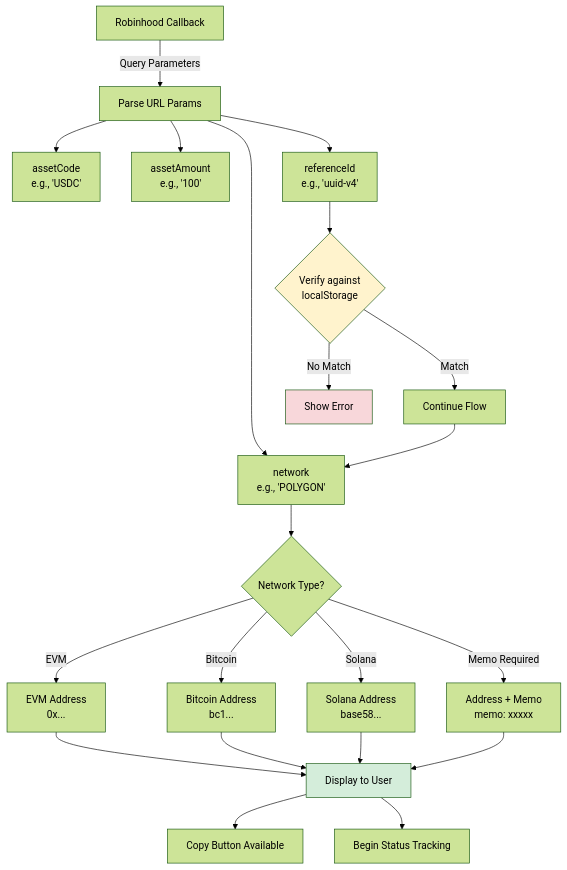
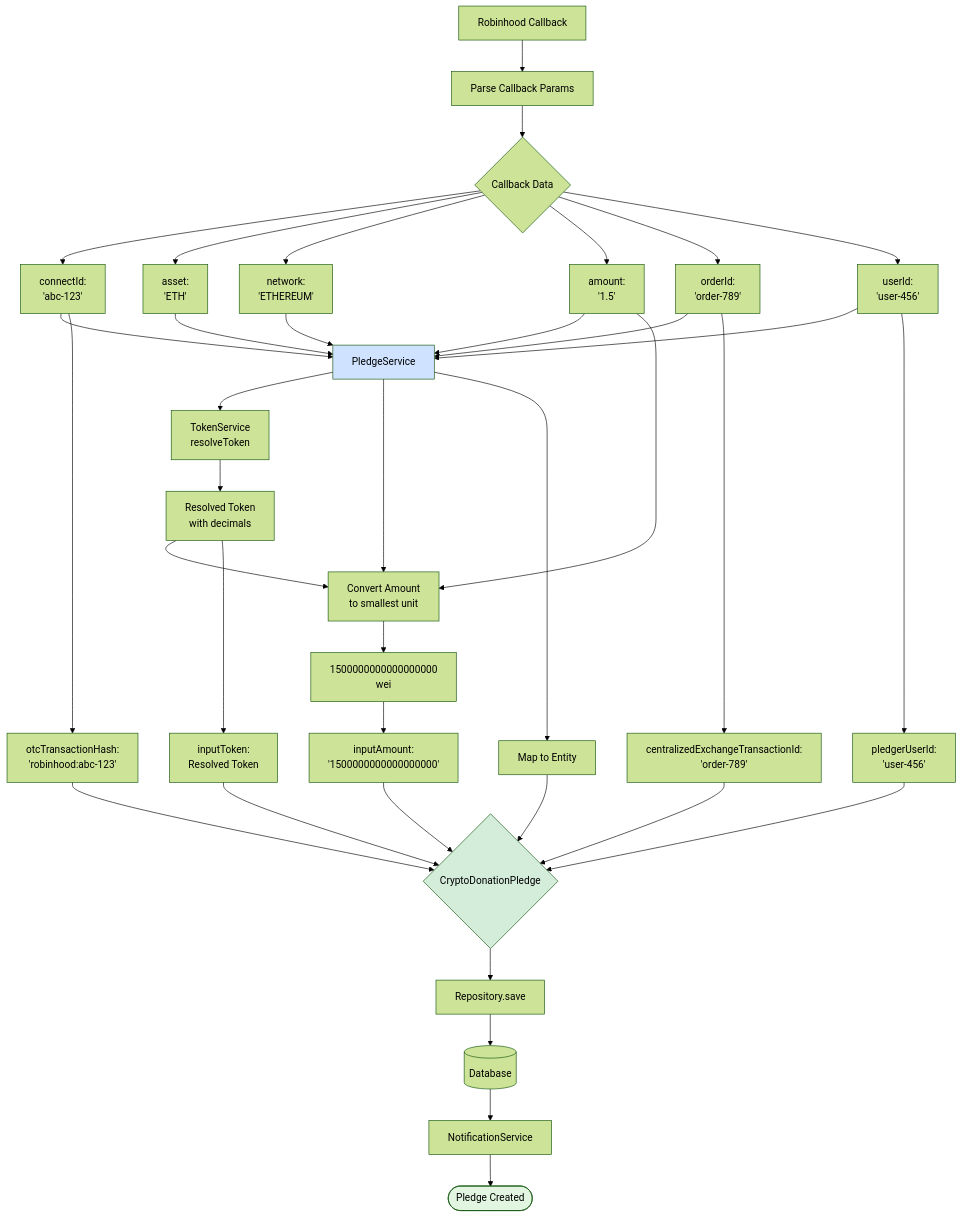
One commit to endaoment/robinhood-connect-poc changed the fifth of 5 diagrams in robinhood-onramp/docs/FLOW-DIAGRAMS.md. Above: the diagram before and after it, drawn with Mermaid (forest theme). The commit also changed other lines of this file and 53 other files, not shown here.

````diff
--- a/robinhood-onramp/docs/FLOW-DIAGRAMS.md
+++ b/robinhood-onramp/docs/FLOW-DIAGRAMS.md
@@ -232,33 +208,52 @@
 ```mermaid
 flowchart TD
-    RH[Robinhood Callback] -->|Query Parameters| Parse[Parse URL Params]
+    Callback[Robinhood Callback] --> Parse[Parse Callback Params]
 
-    Parse --> Param1[assetCode<br/>e.g., 'USDC']
-    Parse --> Param2[assetAmount<br/>e.g., '100']
-    Parse --> Param3[network<br/>e.g., 'POLYGON']
-    Parse --> Param4[referenceId<br/>e.g., 'uuid-v4']
+    Parse --> Data{Callback Data}
+    Data --> ConnectId[connectId:<br/>'abc-123']
+    Data --> Asset[asset:<br/>'ETH']
+    Data --> Network[network:<br/>'ETHEREUM']
+    Data --> Amount[amount:<br/>'1.5']
+    Data --> OrderId[orderId:<br/>'order-789']
+    Data --> UserId[userId:<br/>'user-456']
 
-    Param4 --> Verify{Verify against<br/>localStorage}
-    Verify -->|Match| Safe[Continue Flow]
-    Verify -->|No Match| Error[Show Error]
+    ConnectId --> Pledge[PledgeService]
+    Asset --> Pledge
+    Network --> Pledge
+    Amount --> Pledge
+    OrderId --> Pledge
+    UserId --> Pledge
 
-    Safe --> Param3
-    Param3 --> Switch{Network Type?}
+    Pledge --> Resolve[TokenService<br/>resolveToken]
+    Resolve --> Token[Resolved Token<br/>with decimals]
 
-    Switch -->|EVM| EVMAddr[EVM Address<br/>0x...]
-    Switch -->|Bitcoin| BTCAddr[Bitcoin Address<br/>bc1...]
-    Switch -->|Solana| SOLAddr[Solana Address<br/>base58...]
-    Switch -->|Memo Required| MemoAddr[Address + Memo<br/>memo: xxxxx]
+    Pledge --> Convert[Convert Amount<br/>to smallest unit]
+    Amount --> Convert
+    Token --> Convert
+    Convert --> Wei[1500000000000000000<br/>wei]
 
-    EVMAddr --> Display[Display to User]
-    BTCAddr --> Display
-    SOLAddr --> Display
-    MemoAddr --> Display
+    Pledge --> Map[Map to Entity]
+    Map --> Entity{CryptoDonationPledge}
 
-    Display --> Copy[Copy Button Available]
-    Display --> Status[Begin Status Tracking]
+    ConnectId --> Hash[otcTransactionHash:<br/>'robinhood:abc-123']
+    UserId --> PledgerId[pledgerUserId:<br/>'user-456']
+    Token --> InputToken[inputToken:<br/>Resolved Token]
+    Wei --> InputAmount[inputAmount:<br/>'1500000000000000000']
+    OrderId --> TxId[centralizedExchangeTransactionId:<br/>'order-789']
 
-    style Verify fill:#fff3cd
-    style Display fill:#d4edda
-    style Error fill:#f8d7da
+    Hash --> Entity
+    PledgerId --> Entity
+    InputToken --> Entity
+    InputAmount --> Entity
+    TxId --> Entity
+
+    Entity --> Save[Repository.save]
+    Save --> Database[(Database)]
+
+    Database --> Notify[NotificationService]
+    Notify --> Complete([Pledge Created])
+
+    style Pledge fill:#cfe2ff
+    style Entity fill:#d4edda
+    style Complete fill:#e1f5e1
 ```
````
